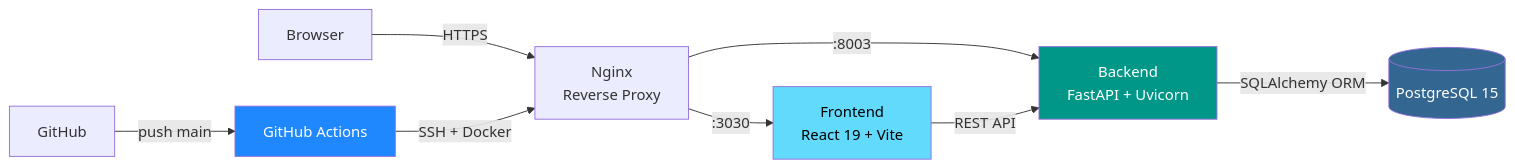
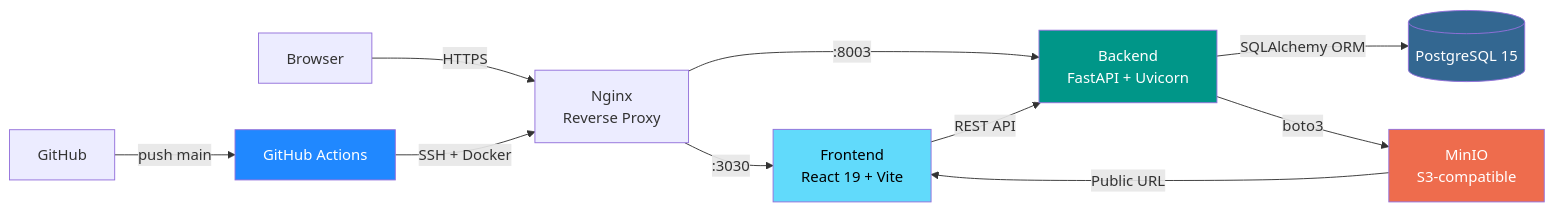
Before and after one commit to wallydevgg/Portfolio: the diagram in README.md, drawn with Mermaid. The commit also changed other lines of this file, not shown here.

````diff
--- a/README.md
+++ b/README.md
@@ -32,15 +39,18 @@
 ```mermaid
 graph LR
     A[Browser] -->|HTTPS| B[Nginx\nReverse Proxy]
     B -->|:3030| C[Frontend\nReact 19 + Vite]
     B -->|:8003| D[Backend\nFastAPI + Uvicorn]
     C -->|REST API| D
     D -->|SQLAlchemy ORM| E[(PostgreSQL 15)]
-    F[GitHub] -->|push main| G[GitHub Actions]
-    G -->|SSH + Docker| B
+    D -->|boto3| F[MinIO\nS3-compatible]
+    F -->|Public URL| C
+    G[GitHub] -->|push main| H[GitHub Actions]
+    H -->|SSH + Docker| B
 
     style C fill:#61dafb,color:#000
     style D fill:#009688,color:#fff
     style E fill:#336791,color:#fff
-    style G fill:#2088ff,color:#fff
+    style F fill:#EE6C4D,color:#fff
+    style H fill:#2088ff,color:#fff
 ```
````
